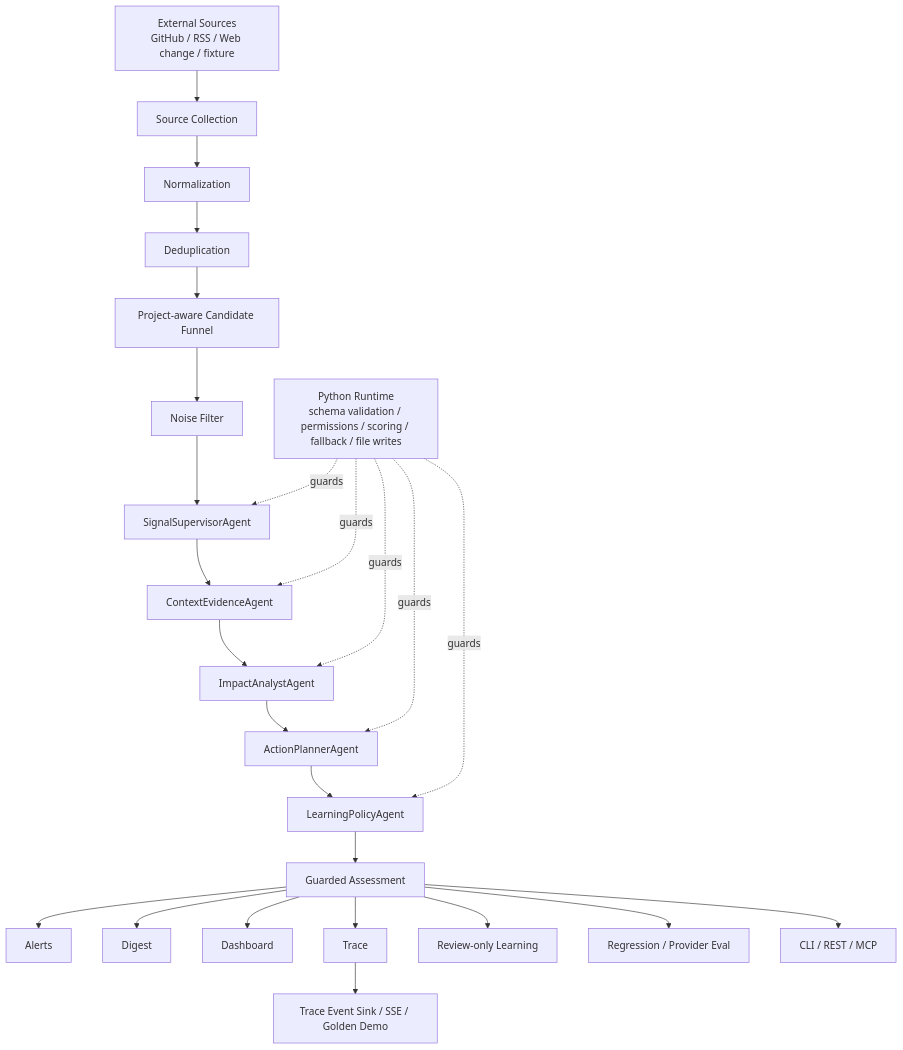
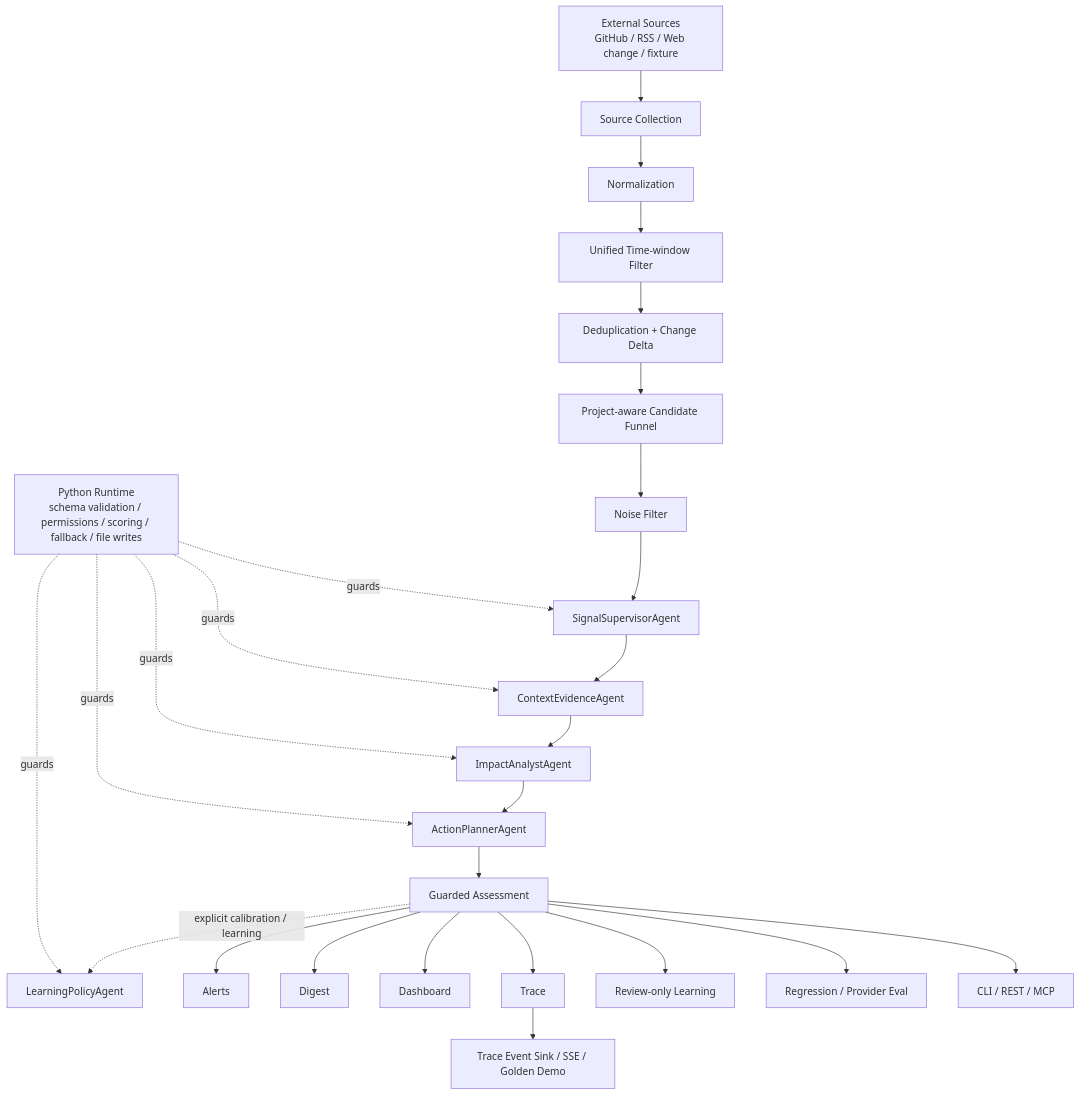
The first of 2 diagrams in docs/ARCHITECTURE.md (pocketvin/SignalHarness), drawn with Mermaid before and after one commit. The commit also changed other lines of this file and 32 other files, not shown here.

````diff
--- a/docs/ARCHITECTURE.md
+++ b/docs/ARCHITECTURE.md
@@ -7,28 +7,29 @@
 ```mermaid
 flowchart TD
     A["External Sources<br/>GitHub / RSS / Web change / fixture"] --> B["Source Collection"]
     B --> C["Normalization"]
-    C --> D["Deduplication"]
+    C --> TW["Unified Time-window Filter"]
+    TW --> D["Deduplication + Change Delta"]
     D --> CF["Project-aware Candidate Funnel"]
     CF --> E["Noise Filter"]
     E --> F["SignalSupervisorAgent"]
     F --> G["ContextEvidenceAgent"]
     G --> H["ImpactAnalystAgent"]
     H --> I["ActionPlannerAgent"]
-    I --> J["LearningPolicyAgent"]
-    J --> K["Guarded Assessment"]
+    I --> K["Guarded Assessment"]
+    K -. explicit calibration / learning .-> J["LearningPolicyAgent"]
     K --> L["Alerts"]
     K --> M["Digest"]
     K --> N["Dashboard"]
     K --> O["Trace"]
     K --> P["Review-only Learning"]
     K --> R["Regression / Provider Eval"]
     K --> S["CLI / REST / MCP"]
     O --> T["Trace Event Sink / SSE / Golden Demo"]
 
     Q["Python Runtime<br/>schema validation / permissions / scoring / fallback / file writes"] -. guards .-> F
     Q -. guards .-> G
     Q -. guards .-> H
     Q -. guards .-> I
     Q -. guards .-> J
 ```
````
